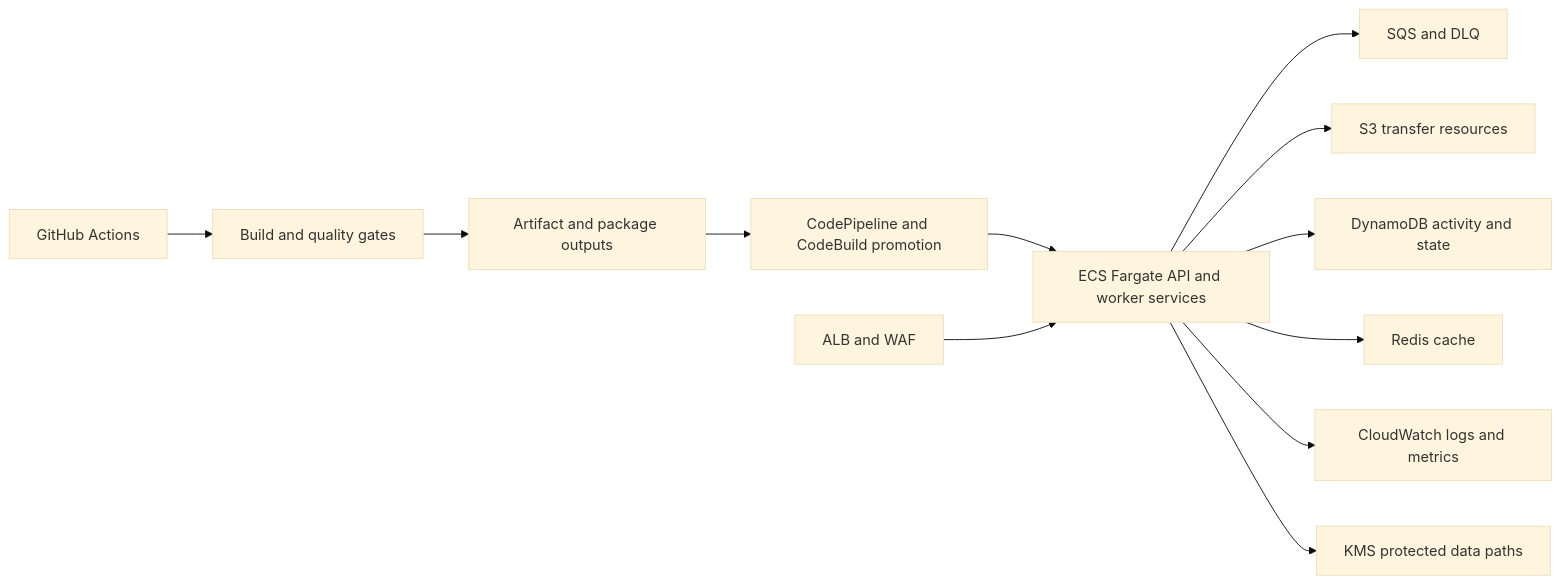
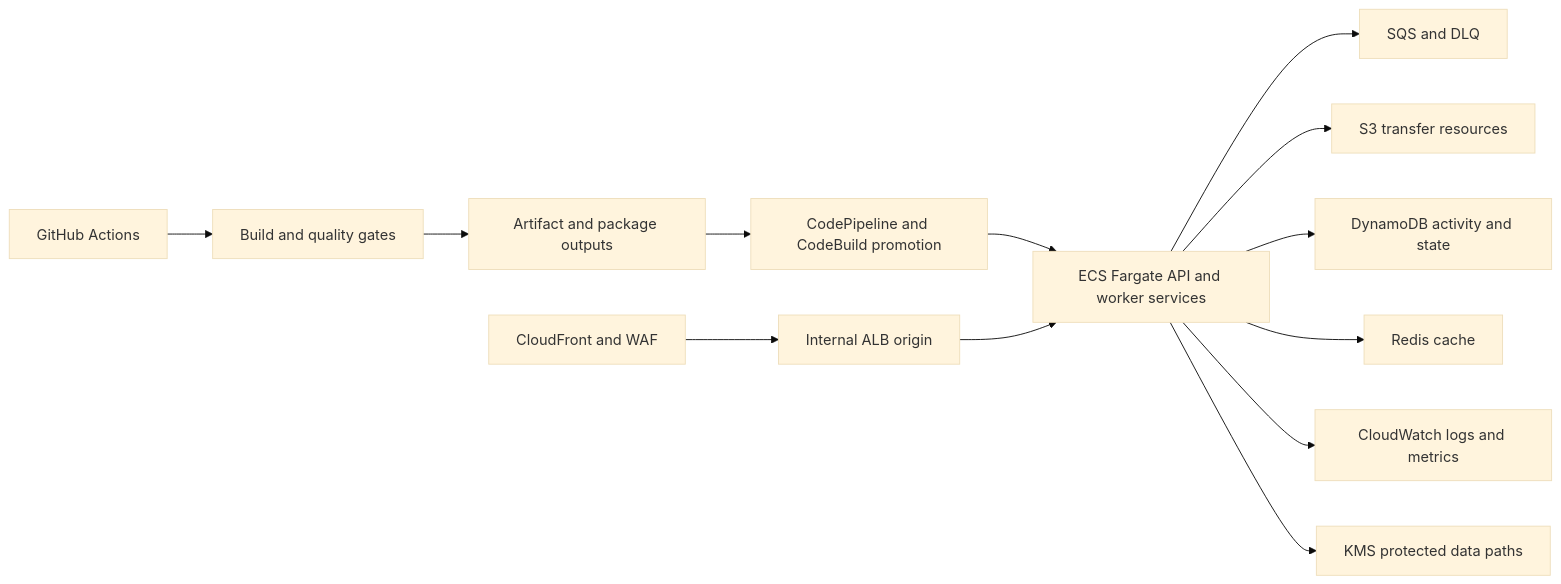
The fifth of 6 diagrams in docs/overview/NOVA-REPO-OVERVIEW.md (BjornMelin/nova), drawn with Mermaid (base theme) before and after one commit. The commit also changed other lines of this file and 39 other files, not shown here.

Commit message:
infra!: simplify Nova onto single CloudFront->ALB->ECS/Fargate API+worker platform

````diff
--- a/docs/overview/NOVA-REPO-OVERVIEW.md
+++ b/docs/overview/NOVA-REPO-OVERVIEW.md
@@ -198,14 +198,15 @@
 ```mermaid
 flowchart LR
     GH["GitHub Actions"] --> BUILD["Build and quality gates"]
     BUILD --> ART["Artifact and package outputs"]
     ART --> CD["CodePipeline and CodeBuild promotion"]
     CD --> ECS["ECS Fargate API and worker services"]
     ECS --> SQS["SQS and DLQ"]
     ECS --> S3["S3 transfer resources"]
     ECS --> DDB["DynamoDB activity and state"]
     ECS --> REDIS["Redis cache"]
     ECS --> CW["CloudWatch logs and metrics"]
     ECS --> KMS["KMS protected data paths"]
-    ALB["ALB and WAF"] --> ECS
+    EDGE["CloudFront and WAF"] --> ALB["Internal ALB origin"]
+    ALB --> ECS
 ```
````
